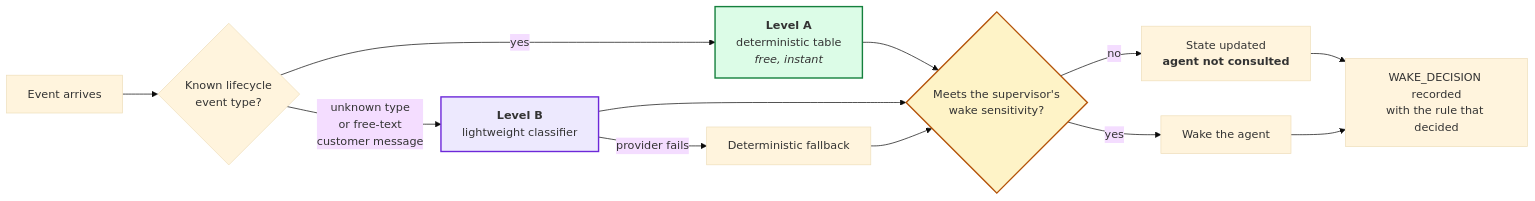
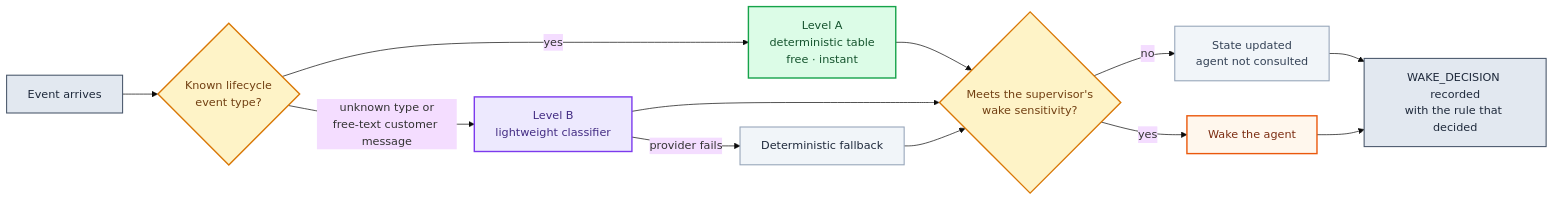
One commit to Gupta2708/OrderPilot changed the third of 3 diagrams in README.md. Above: the diagram before and after it, drawn with Mermaid (base theme). The commit also changed other lines of this file, not shown here.

Commit message:
restyle the architecture dig

````diff
--- a/README.md
+++ b/README.md
@@ -300,18 +327,31 @@
 ```mermaid
 flowchart LR
     E["Event arrives"] --> A{"Known lifecycle<br/>event type?"}
-    A -->|yes| T["<b>Level A</b><br/>deterministic table<br/><i>free, instant</i>"]
-    A -->|"unknown type<br/>or free-text<br/>customer message"| B["<b>Level B</b><br/>lightweight classifier"]
+    A -->|"yes"| T["Level A<br/>deterministic table<br/>free · instant"]
+    A -->|"unknown type or<br/>free-text customer message"| B["Level B<br/>lightweight classifier"]
     B -->|"provider fails"| FB["Deterministic fallback"]
     T --> CAP{"Meets the supervisor's<br/>wake sensitivity?"}
     B --> CAP
     FB --> CAP
-    CAP -->|no| NOWAKE["State updated<br/><b>agent not consulted</b>"]
-    CAP -->|yes| WAKE["Wake the agent"]
+    CAP -->|"no"| NOWAKE["State updated<br/>agent not consulted"]
+    CAP -->|"yes"| WAKE["Wake the agent"]
     NOWAKE --> REC["WAKE_DECISION recorded<br/>with the rule that decided"]
     WAKE --> REC
 
-    style T fill:#dcfce7,stroke:#15803d,stroke-width:2px
-    style B fill:#ede9fe,stroke:#6d28d9,stroke-width:2px
-    style CAP fill:#fef3c7,stroke:#b45309,stroke-width:2px
+    classDef entry fill:#e2e8f0,stroke:#475569,color:#1e293b,stroke-width:1.5px
+    classDef branch fill:#fef3c7,stroke:#d97706,color:#713f12,stroke-width:2px
+    classDef levelA fill:#dcfce7,stroke:#16a34a,color:#14532d,stroke-width:2px
+    classDef levelB fill:#ede9fe,stroke:#7c3aed,color:#432c83,stroke-width:2px
+    classDef fallback fill:#f1f5f9,stroke:#94a3b8,color:#1e293b,stroke-width:1.5px
+    classDef quiet fill:#f1f5f9,stroke:#94a3b8,color:#334155,stroke-width:1.5px
+    classDef loud fill:#fff7ed,stroke:#ea580c,color:#7c2d12,stroke-width:2px
+
+    class E entry
+    class A,CAP branch
+    class T levelA
+    class B levelB
+    class FB fallback
+    class NOWAKE quiet
+    class WAKE loud
+    class REC entry
 ```
````
